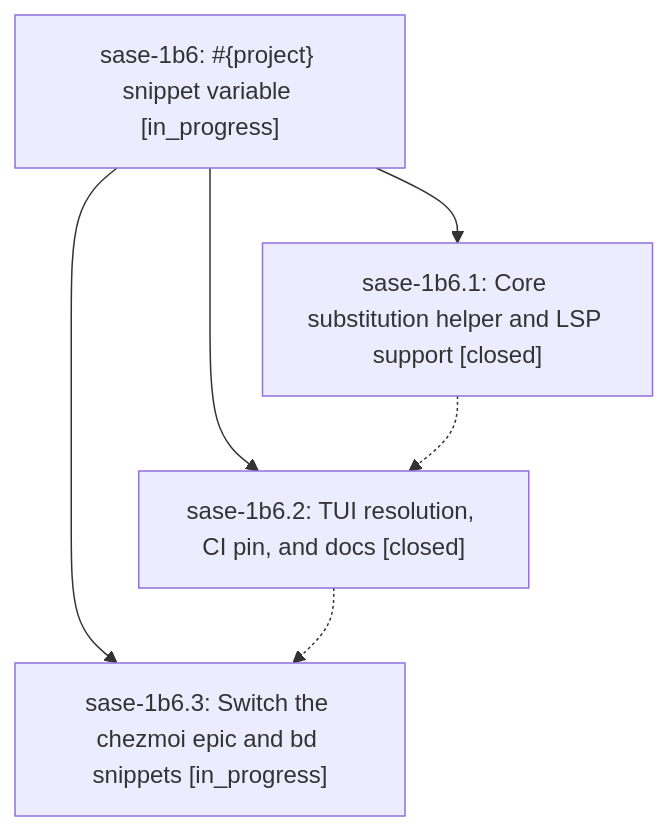
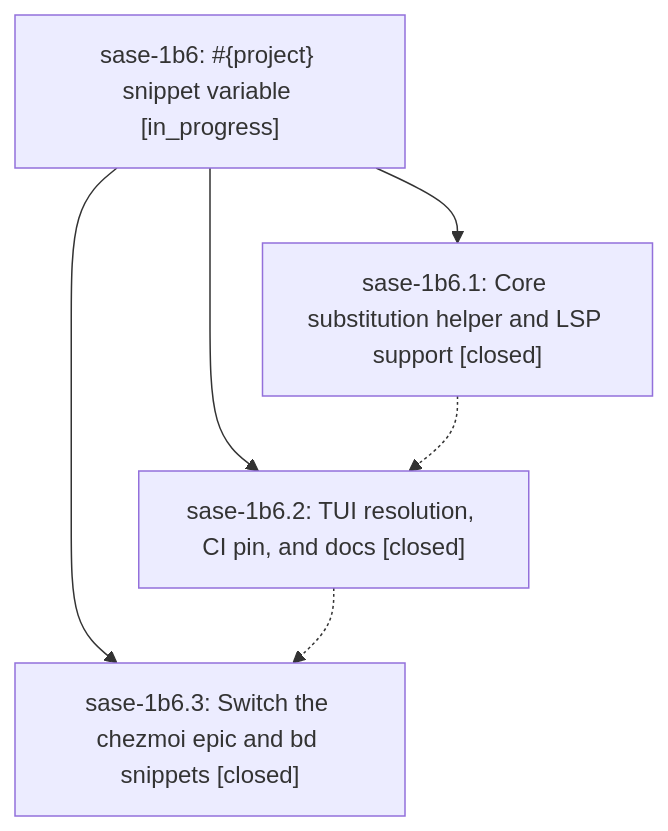
The diagram in pages/sase-1b6/README.md (sase-org/sase--beads), drawn with Mermaid before and after one commit. The commit also changed other lines of this file and 2 other files, not shown here.

First line of the commit message:
chore(beads): sync bead state and pages for sase-1b6

````diff
--- a/pages/sase-1b6/README.md
+++ b/pages/sase-1b6/README.md
@@ -36,12 +36,12 @@
 ```mermaid
 flowchart TD
     n0["sase-1b6: #{project} snippet variable [in_progress]"]
     n1["sase-1b6.1: Core substitution helper and LSP support [closed]"]
     n2["sase-1b6.2: TUI resolution, CI pin, and docs [closed]"]
-    n3["sase-1b6.3: Switch the chezmoi epic and bd snippets [in_progress]"]
+    n3["sase-1b6.3: Switch the chezmoi epic and bd snippets [closed]"]
     n0 --> n1
     n0 --> n2
     n0 --> n3
     n1 -.-> n2
     n2 -.-> n3
 ```
````
